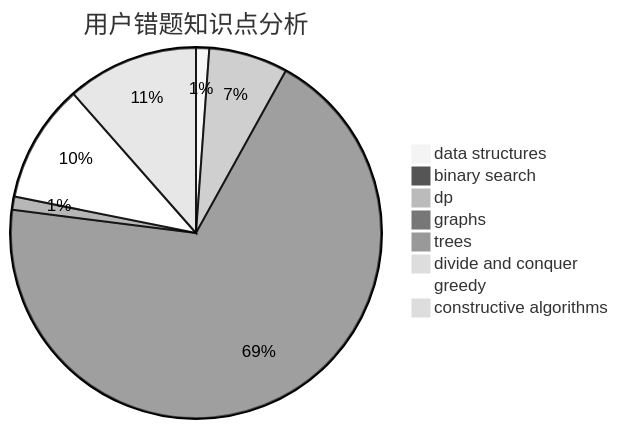
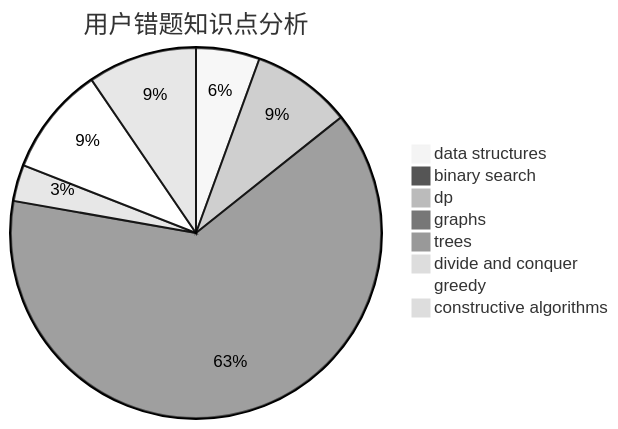
Before and after one commit to sherpahu/cfrs.github.io: the third of 3 diagrams in docs/user/u1104.md, drawn with Mermaid (neutral theme). The commit also changed other lines of this file and 2770 other files, not shown here.

````diff
--- a/docs/user/u1104.md
+++ b/docs/user/u1104.md
@@ -36,11 +36,11 @@
 ```mermaid
 pie title 用户错题知识点分析
-    "data structures" :  1
+    "data structures" :  7
     "binary search" :  0
-    "dp" :  6
-    "graphs" :  60
+    "dp" :  11
+    "graphs" :  80
     "trees" :  1
-    "divide and conquer" :  0
-    "greedy" :  9
-    "constructive algorithms" :  10
+    "divide and conquer" :  4
+    "greedy" :  12
+    "constructive algorithms" :  12
 ```
````
